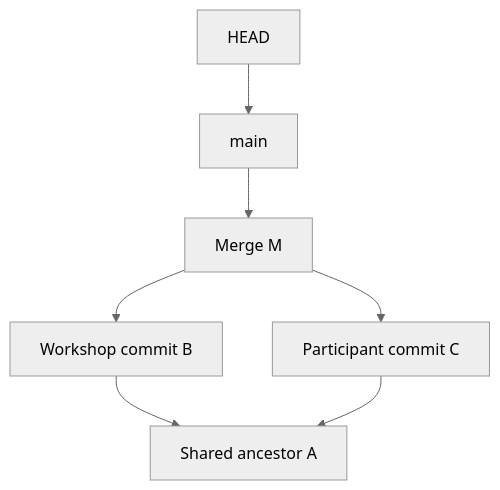
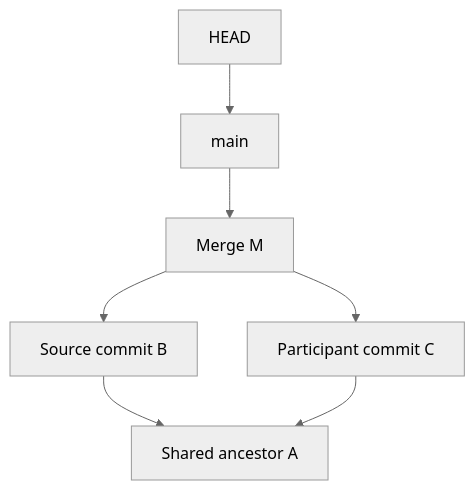
Before and after one commit to mdi-group/intro-to-git-workshop: the third of 3 diagrams in workshop/04-branches-and-pull-requests.md, drawn with Mermaid (neutral theme). The commit also changed other lines of this file and 16 other files, not shown here.

````diff
--- a/workshop/04-branches-and-pull-requests.md
+++ b/workshop/04-branches-and-pull-requests.md
@@ -117,9 +117,9 @@
 ```mermaid
 flowchart TB
     H[HEAD] --> N[main]
     N --> M[Merge M]
-    M --> B[Workshop commit B]
+    M --> B[Source commit B]
     M --> C[Participant commit C]
     B --> A[Shared ancestor A]
     C --> A
 ```
````
